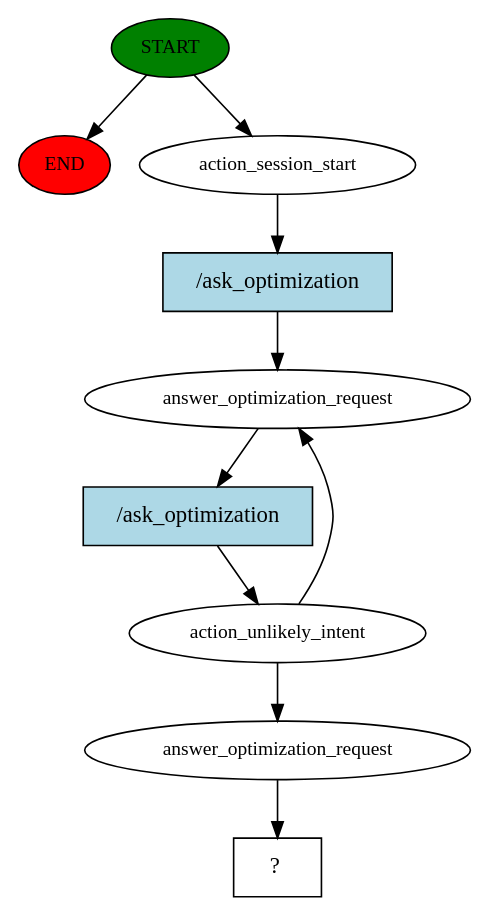
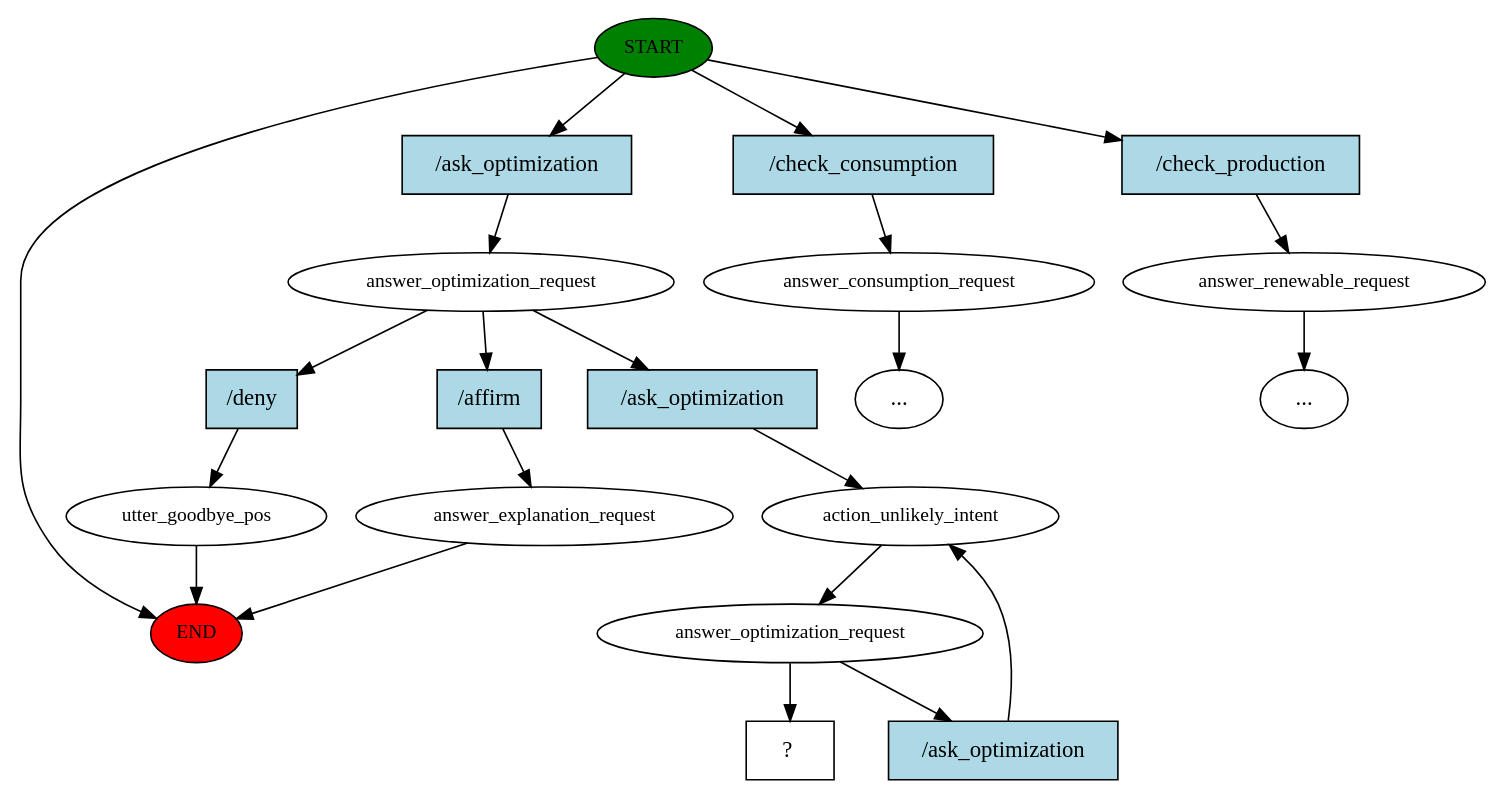
The diagram in story_graph.dot (msang/nl-interface), drawn with Graphviz before and after one commit. The commit also changed 10 other files, not shown here.

First line of the commit message:
add of form and new intent/action

```diff
--- a/story_graph.dot
+++ b/story_graph.dot
@@ -1,20 +1,42 @@
 digraph  {
 0 [class="start active", fillcolor=green, fontsize=12, label=START, style=filled];
 "-1" [class=end, fillcolor=red, fontsize=12, label=END, style=filled];
-1 [class=active, fontsize=12, label=action_session_start];
-2 [class=active, fontsize=12, label=answer_optimization_request];
-3 [class=active, fontsize=12, label=action_unlikely_intent];
-8 [class=active, fontsize=12, label=answer_optimization_request];
-9 [class="intent dashed active", label="  ?  ", shape=rect];
-10 [class="intent active", fillcolor=lightblue, label="/ask_optimization", shape=rect, style=filled];
-11 [class="intent active", fillcolor=lightblue, label="/ask_optimization", shape=rect, style=filled];
+1 [class=active, fontsize=12, label=answer_optimization_request];
+2 [class="", fontsize=12, label=utter_goodbye_pos];
+4 [class="", fontsize=12, label=answer_explanation_request];
+5 [class="", fontsize=12, label=answer_consumption_request];
+6 [class="", fontsize=12, label=answer_renewable_request];
+"-4" [class=ellipsis, label="..."];
+"-5" [class=ellipsis, label="..."];
+9 [class=active, fontsize=12, label=action_unlikely_intent];
+10 [class=active, fontsize=12, label=answer_optimization_request];
+13 [class="intent dashed active", label="  ?  ", shape=rect];
+14 [class="intent active", fillcolor=lightblue, label="/ask_optimization", shape=rect, style=filled];
+15 [class=intent, fillcolor=lightblue, label="/check_consumption", shape=rect, style=filled];
+16 [class=intent, fillcolor=lightblue, label="/check_production", shape=rect, style=filled];
+17 [class=intent, fillcolor=lightblue, label="/deny", shape=rect, style=filled];
+18 [class=intent, fillcolor=lightblue, label="/affirm", shape=rect, style=filled];
+19 [class="intent active", fillcolor=lightblue, label="/ask_optimization", shape=rect, style=filled];
+20 [class="intent active", fillcolor=lightblue, label="/ask_optimization", shape=rect, style=filled];
 0 -> "-1"  [class="", key=NONE, label=""];
-0 -> 1  [class=active, key=NONE, label=""];
-1 -> 10  [class=active, key=0];
-2 -> 11  [class=active, key=0];
-3 -> 2  [class=active, key=NONE, label=""];
-3 -> 8  [class=active, key=NONE, label=""];
-8 -> 9  [class=active, key=NONE, label=""];
-10 -> 2  [class=active, key=0];
-11 -> 3  [class=active, key=0];
+0 -> 14  [class=active, key=0];
+0 -> 15  [class="", key=0];
+0 -> 16  [class="", key=0];
+1 -> 17  [class="", key=0];
+1 -> 18  [class="", key=0];
+1 -> 19  [class=active, key=0];
+2 -> "-1"  [class="", key=NONE, label=""];
+4 -> "-1"  [class="", key=NONE, label=""];
+5 -> "-5"  [class="", key=NONE, label=""];
+6 -> "-4"  [class="", key=NONE, label=""];
+9 -> 10  [class=active, key=NONE, label=""];
+10 -> 13  [class=active, key=NONE, label=""];
+10 -> 20  [class=active, key=0];
+14 -> 1  [class=active, key=0];
+15 -> 5  [class="", key=0];
+16 -> 6  [class="", key=0];
+17 -> 2  [class="", key=0];
+18 -> 4  [class="", key=0];
+19 -> 9  [class=active, key=0];
+20 -> 9  [class=active, key=0];
 }
```
